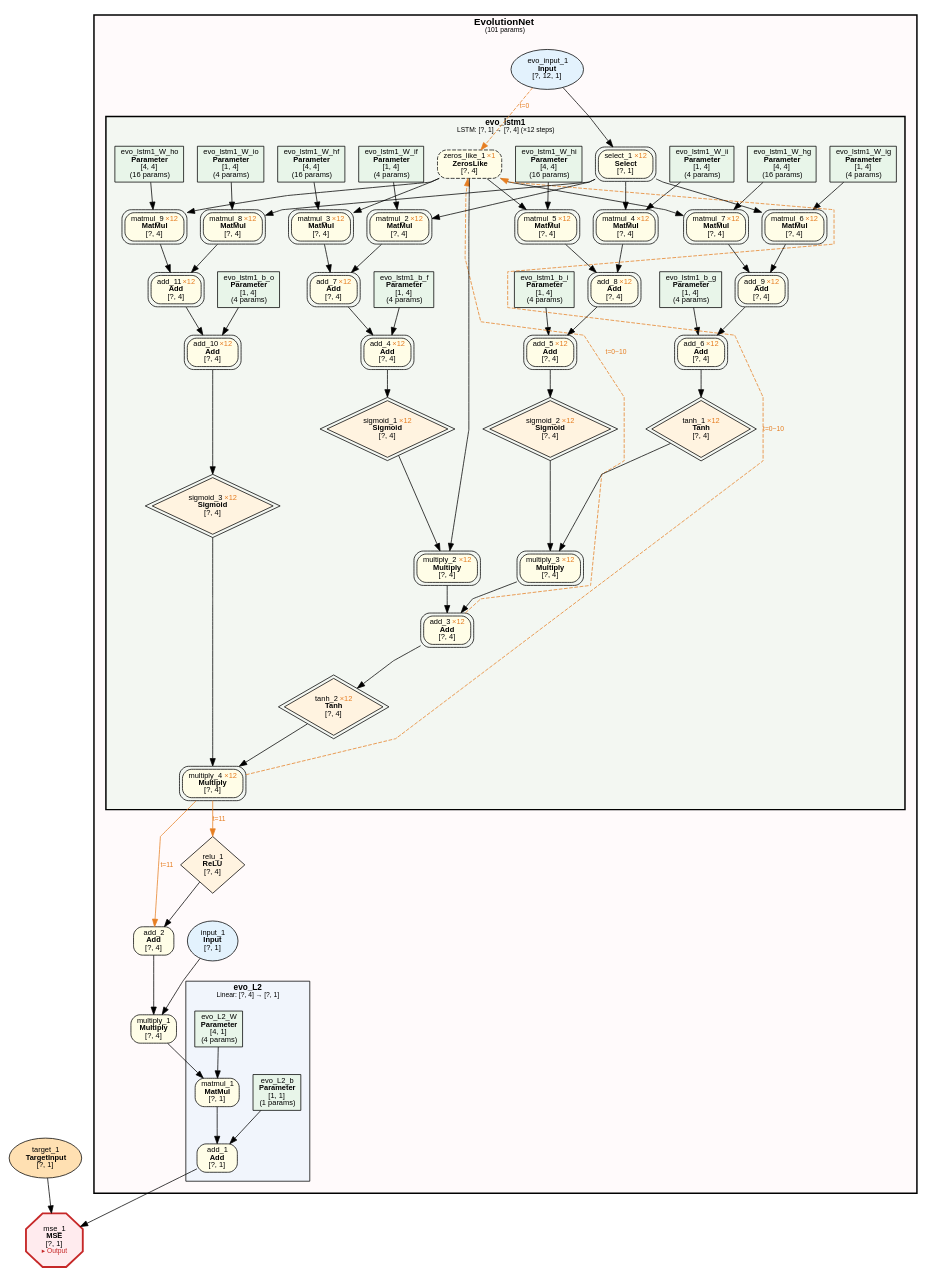
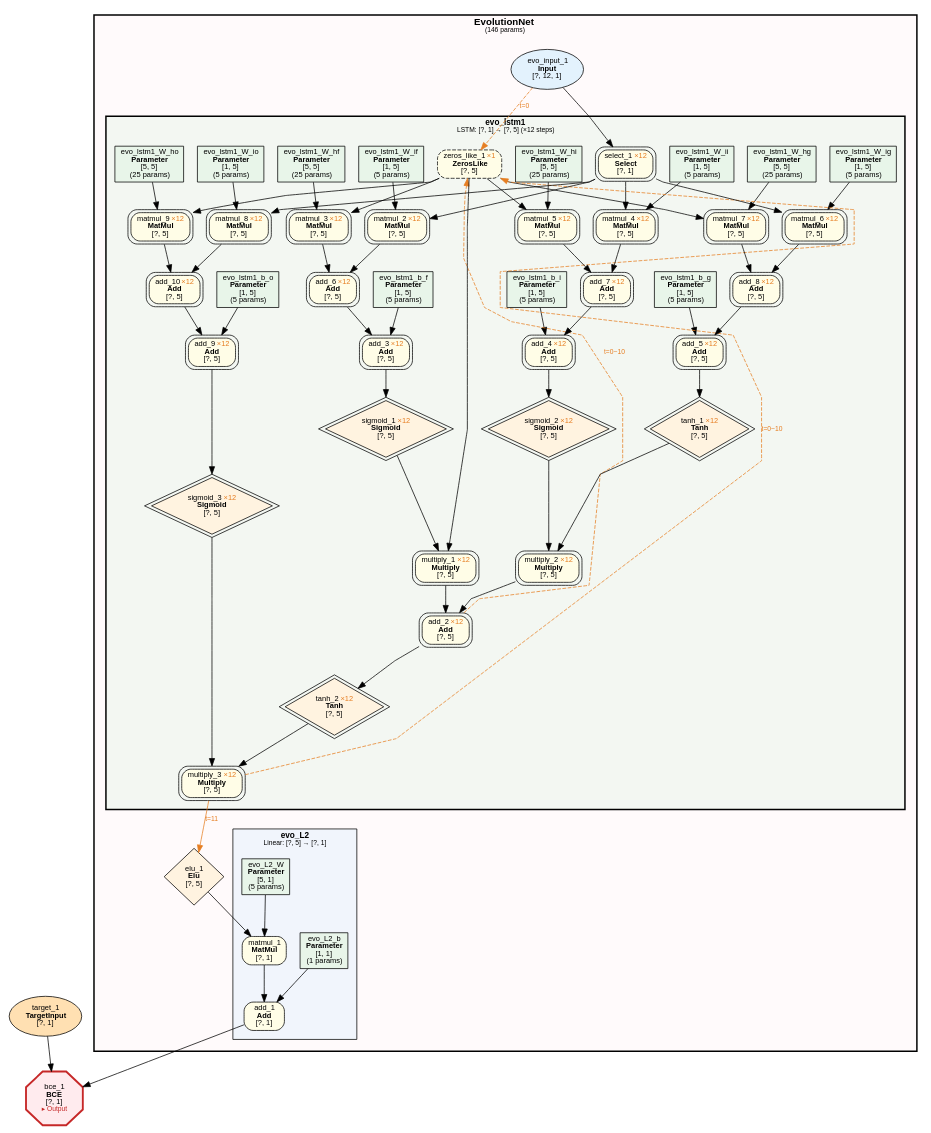
Before and after one commit to dbsxdbsx/only_torch: the diagram in examples/evolution_parity_seq_var_len/evolution_parity_seq_var_len.dot, drawn with Graphviz. The commit also changed 17 other files, not shown here.

```diff
--- a/examples/evolution_parity_seq_var_len/evolution_parity_seq_var_len.dot
+++ b/examples/evolution_parity_seq_var_len/evolution_parity_seq_var_len.dot
@@ -6,7 +6,7 @@
     edge [fontname="Microsoft YaHei,SimHei,Arial"];
 
     subgraph cluster_model_EvolutionNet {
-        label=<<B>EvolutionNet</B><BR/><FONT POINT-SIZE="9">(101 params)</FONT>>;
+        label=<<B>EvolutionNet</B><BR/><FONT POINT-SIZE="9">(146 params)</FONT>>;
         style="filled,bold";
         fillcolor="#FFEBEE40";
         fontname="Microsoft YaHei,SimHei,Arial";
@@ -14,7 +14,7 @@
         margin=16;
 
         subgraph cluster_EvolutionNet_evo_L2 {
-            label=<<B>evo_L2</B><BR/><FONT POINT-SIZE="9">Linear: [?, 4] → [?, 1]</FONT>>;
+            label=<<B>evo_L2</B><BR/><FONT POINT-SIZE="9">Linear: [?, 5] → [?, 1]</FONT>>;
             style=filled;
             fillcolor="#E3F2FD80";
             fontname="Microsoft YaHei,SimHei,Arial";
@@ -23,11 +23,11 @@
                 "2" [label=<add_1<BR/><B>Add</B><BR/>[?, 1]> shape=box style="filled,rounded" fillcolor="#FFFDE7" fontsize=10];
                 "4" [label=<matmul_1<BR/><B>MatMul</B><BR/>[?, 1]> shape=box style="filled,rounded" fillcolor="#FFFDE7" fontsize=10];
                 "5" [label=<evo_L2_b<BR/><B>Parameter</B><BR/>[1, 1]<BR/>(1 params)> shape=box style=filled fillcolor="#E8F5E9" fontsize=10];
-                "7" [label=<evo_L2_W<BR/><B>Parameter</B><BR/>[4, 1]<BR/>(4 params)> shape=box style=filled fillcolor="#E8F5E9" fontsize=10];
+                "7" [label=<evo_L2_W<BR/><B>Parameter</B><BR/>[5, 1]<BR/>(5 params)> shape=box style=filled fillcolor="#E8F5E9" fontsize=10];
         }
 
         subgraph cluster_EvolutionNet_evo_lstm1 {
-            label=<<B>evo_lstm1</B><BR/><FONT POINT-SIZE="9">LSTM: [?, 1] → [?, 4] (×12 steps)</FONT>>;
+            label=<<B>evo_lstm1</B><BR/><FONT POINT-SIZE="9">LSTM: [?, 1] → [?, 5] (×12 steps)</FONT>>;
             style="filled,bold";
             peripheries=3;
             penwidth=2;
@@ -35,55 +35,52 @@
             fontname="Microsoft YaHei,SimHei,Arial";
             fontsize=11;
             margin=12;
-                "11" [label=<evo_lstm1_b_o<BR/><B>Parameter</B><BR/>[1, 4]<BR/>(4 params)> shape=box style=filled fillcolor="#E8F5E9" fontsize=10];
-                "12" [label=<evo_lstm1_W_io<BR/><B>Parameter</B><BR/>[1, 4]<BR/>(4 params)> shape=box style=filled fillcolor="#E8F5E9" fontsize=10];
-                "13" [label=<evo_lstm1_W_ho<BR/><B>Parameter</B><BR/>[4, 4]<BR/>(16 params)> shape=box style=filled fillcolor="#E8F5E9" fontsize=10];
-                "15" [label=<evo_lstm1_b_f<BR/><B>Parameter</B><BR/>[1, 4]<BR/>(4 params)> shape=box style=filled fillcolor="#E8F5E9" fontsize=10];
-                "16" [label=<evo_lstm1_b_i<BR/><B>Parameter</B><BR/>[1, 4]<BR/>(4 params)> shape=box style=filled fillcolor="#E8F5E9" fontsize=10];
-                "17" [label=<evo_lstm1_b_g<BR/><B>Parameter</B><BR/>[1, 4]<BR/>(4 params)> shape=box style=filled fillcolor="#E8F5E9" fontsize=10];
-                "18" [label=<evo_lstm1_W_if<BR/><B>Parameter</B><BR/>[1, 4]<BR/>(4 params)> shape=box style=filled fillcolor="#E8F5E9" fontsize=10];
-                "19" [label=<evo_lstm1_W_hf<BR/><B>Parameter</B><BR/>[4, 4]<BR/>(16 params)> shape=box style=filled fillcolor="#E8F5E9" fontsize=10];
-                "20" [label=<evo_lstm1_W_ii<BR/><B>Parameter</B><BR/>[1, 4]<BR/>(4 params)> shape=box style=filled fillcolor="#E8F5E9" fontsize=10];
-                "21" [label=<evo_lstm1_W_hi<BR/><B>Parameter</B><BR/>[4, 4]<BR/>(16 params)> shape=box style=filled fillcolor="#E8F5E9" fontsize=10];
-                "22" [label=<evo_lstm1_W_ig<BR/><B>Parameter</B><BR/>[1, 4]<BR/>(4 params)> shape=box style=filled fillcolor="#E8F5E9" fontsize=10];
-                "23" [label=<evo_lstm1_W_hg<BR/><B>Parameter</B><BR/>[4, 4]<BR/>(16 params)> shape=box style=filled fillcolor="#E8F5E9" fontsize=10];
-                "24" [label=<add_3 <FONT COLOR="#E67E22">×12</FONT><BR/><B>Add</B><BR/>[?, 4]> shape=box style="filled,rounded" fillcolor="#FFFDE7" fontsize=10 peripheries=2];
-                "25" [label=<multiply_2 <FONT COLOR="#E67E22">×12</FONT><BR/><B>Multiply</B><BR/>[?, 4]> shape=box style="filled,rounded" fillcolor="#FFFDE7" fontsize=10 peripheries=2];
-                "26" [label=<multiply_3 <FONT COLOR="#E67E22">×12</FONT><BR/><B>Multiply</B><BR/>[?, 4]> shape=box style="filled,rounded" fillcolor="#FFFDE7" fontsize=10 peripheries=2];
-                "27" [label=<sigmoid_1 <FONT COLOR="#E67E22">×12</FONT><BR/><B>Sigmoid</B><BR/>[?, 4]> shape=diamond style=filled fillcolor="#FFF3E0" fontsize=10 peripheries=2];
-                "28" [label=<zeros_like_1 <FONT COLOR="#E67E22">×1</FONT><BR/><B>ZerosLike</B><BR/>[?, 4]> shape=box style="filled,rounded,dashed" fillcolor="#FFFDE7" fontsize=10];
-                "29" [label=<sigmoid_2 <FONT COLOR="#E67E22">×12</FONT><BR/><B>Sigmoid</B><BR/>[?, 4]> shape=diamond style=filled fillcolor="#FFF3E0" fontsize=10 peripheries=2];
-                "30" [label=<tanh_1 <FONT COLOR="#E67E22">×12</FONT><BR/><B>Tanh</B><BR/>[?, 4]> shape=diamond style=filled fillcolor="#FFF3E0" fontsize=10 peripheries=2];
-                "31" [label=<add_4 <FONT COLOR="#E67E22">×12</FONT><BR/><B>Add</B><BR/>[?, 4]> shape=box style="filled,rounded" fillcolor="#FFFDE7" fontsize=10 peripheries=2];
-                "32" [label=<add_5 <FONT COLOR="#E67E22">×12</FONT><BR/><B>Add</B><BR/>[?, 4]> shape=box style="filled,rounded" fillcolor="#FFFDE7" fontsize=10 peripheries=2];
-                "33" [label=<add_6 <FONT COLOR="#E67E22">×12</FONT><BR/><B>Add</B><BR/>[?, 4]> shape=box style="filled,rounded" fillcolor="#FFFDE7" fontsize=10 peripheries=2];
-                "34" [label=<multiply_4 <FONT COLOR="#E67E22">×12</FONT><BR/><B>Multiply</B><BR/>[?, 4]> shape=box style="filled,rounded" fillcolor="#FFFDE7" fontsize=10 peripheries=2];
-                "35" [label=<add_7 <FONT COLOR="#E67E22">×12</FONT><BR/><B>Add</B><BR/>[?, 4]> shape=box style="filled,rounded" fillcolor="#FFFDE7" fontsize=10 peripheries=2];
-                "36" [label=<add_8 <FONT COLOR="#E67E22">×12</FONT><BR/><B>Add</B><BR/>[?, 4]> shape=box style="filled,rounded" fillcolor="#FFFDE7" fontsize=10 peripheries=2];
-                "37" [label=<add_9 <FONT COLOR="#E67E22">×12</FONT><BR/><B>Add</B><BR/>[?, 4]> shape=box style="filled,rounded" fillcolor="#FFFDE7" fontsize=10 peripheries=2];
-                "38" [label=<sigmoid_3 <FONT COLOR="#E67E22">×12</FONT><BR/><B>Sigmoid</B><BR/>[?, 4]> shape=diamond style=filled fillcolor="#FFF3E0" fontsize=10 peripheries=2];
-                "39" [label=<tanh_2 <FONT COLOR="#E67E22">×12</FONT><BR/><B>Tanh</B><BR/>[?, 4]> shape=diamond style=filled fillcolor="#FFF3E0" fontsize=10 peripheries=2];
-                "40" [label=<matmul_2 <FONT COLOR="#E67E22">×12</FONT><BR/><B>MatMul</B><BR/>[?, 4]> shape=box style="filled,rounded" fillcolor="#FFFDE7" fontsize=10 peripheries=2];
-                "41" [label=<matmul_3 <FONT COLOR="#E67E22">×12</FONT><BR/><B>MatMul</B><BR/>[?, 4]> shape=box style="filled,rounded" fillcolor="#FFFDE7" fontsize=10 peripheries=2];
-                "42" [label=<matmul_4 <FONT COLOR="#E67E22">×12</FONT><BR/><B>MatMul</B><BR/>[?, 4]> shape=box style="filled,rounded" fillcolor="#FFFDE7" fontsize=10 peripheries=2];
-                "43" [label=<matmul_5 <FONT COLOR="#E67E22">×12</FONT><BR/><B>MatMul</B><BR/>[?, 4]> shape=box style="filled,rounded" fillcolor="#FFFDE7" fontsize=10 peripheries=2];
-                "44" [label=<matmul_6 <FONT COLOR="#E67E22">×12</FONT><BR/><B>MatMul</B><BR/>[?, 4]> shape=box style="filled,rounded" fillcolor="#FFFDE7" fontsize=10 peripheries=2];
-                "45" [label=<matmul_7 <FONT COLOR="#E67E22">×12</FONT><BR/><B>MatMul</B><BR/>[?, 4]> shape=box style="filled,rounded" fillcolor="#FFFDE7" fontsize=10 peripheries=2];
-                "46" [label=<add_10 <FONT COLOR="#E67E22">×12</FONT><BR/><B>Add</B><BR/>[?, 4]> shape=box style="filled,rounded" fillcolor="#FFFDE7" fontsize=10 peripheries=2];
-                "47" [label=<select_1 <FONT COLOR="#E67E22">×12</FONT><BR/><B>Select</B><BR/>[?, 1]> shape=box style="filled,rounded" fillcolor="#FFFDE7" fontsize=10 peripheries=2];
-                "48" [label=<add_11 <FONT COLOR="#E67E22">×12</FONT><BR/><B>Add</B><BR/>[?, 4]> shape=box style="filled,rounded" fillcolor="#FFFDE7" fontsize=10 peripheries=2];
-                "49" [label=<matmul_8 <FONT COLOR="#E67E22">×12</FONT><BR/><B>MatMul</B><BR/>[?, 4]> shape=box style="filled,rounded" fillcolor="#FFFDE7" fontsize=10 peripheries=2];
-                "50" [label=<matmul_9 <FONT COLOR="#E67E22">×12</FONT><BR/><B>MatMul</B><BR/>[?, 4]> shape=box style="filled,rounded" fillcolor="#FFFDE7" fontsize=10 peripheries=2];
+                "8" [label=<evo_lstm1_b_o<BR/><B>Parameter</B><BR/>[1, 5]<BR/>(5 params)> shape=box style=filled fillcolor="#E8F5E9" fontsize=10];
+                "9" [label=<evo_lstm1_W_io<BR/><B>Parameter</B><BR/>[1, 5]<BR/>(5 params)> shape=box style=filled fillcolor="#E8F5E9" fontsize=10];
+                "10" [label=<evo_lstm1_W_ho<BR/><B>Parameter</B><BR/>[5, 5]<BR/>(25 params)> shape=box style=filled fillcolor="#E8F5E9" fontsize=10];
+                "12" [label=<evo_lstm1_b_f<BR/><B>Parameter</B><BR/>[1, 5]<BR/>(5 params)> shape=box style=filled fillcolor="#E8F5E9" fontsize=10];
+                "13" [label=<evo_lstm1_b_i<BR/><B>Parameter</B><BR/>[1, 5]<BR/>(5 params)> shape=box style=filled fillcolor="#E8F5E9" fontsize=10];
+                "14" [label=<evo_lstm1_b_g<BR/><B>Parameter</B><BR/>[1, 5]<BR/>(5 params)> shape=box style=filled fillcolor="#E8F5E9" fontsize=10];
+                "15" [label=<evo_lstm1_W_if<BR/><B>Parameter</B><BR/>[1, 5]<BR/>(5 params)> shape=box style=filled fillcolor="#E8F5E9" fontsize=10];
+                "16" [label=<evo_lstm1_W_hf<BR/><B>Parameter</B><BR/>[5, 5]<BR/>(25 params)> shape=box style=filled fillcolor="#E8F5E9" fontsize=10];
+                "17" [label=<evo_lstm1_W_ii<BR/><B>Parameter</B><BR/>[1, 5]<BR/>(5 params)> shape=box style=filled fillcolor="#E8F5E9" fontsize=10];
+                "18" [label=<evo_lstm1_W_hi<BR/><B>Parameter</B><BR/>[5, 5]<BR/>(25 params)> shape=box style=filled fillcolor="#E8F5E9" fontsize=10];
+                "19" [label=<evo_lstm1_W_ig<BR/><B>Parameter</B><BR/>[1, 5]<BR/>(5 params)> shape=box style=filled fillcolor="#E8F5E9" fontsize=10];
+                "20" [label=<evo_lstm1_W_hg<BR/><B>Parameter</B><BR/>[5, 5]<BR/>(25 params)> shape=box style=filled fillcolor="#E8F5E9" fontsize=10];
+                "21" [label=<add_2 <FONT COLOR="#E67E22">×12</FONT><BR/><B>Add</B><BR/>[?, 5]> shape=box style="filled,rounded" fillcolor="#FFFDE7" fontsize=10 peripheries=2];
+                "22" [label=<multiply_1 <FONT COLOR="#E67E22">×12</FONT><BR/><B>Multiply</B><BR/>[?, 5]> shape=box style="filled,rounded" fillcolor="#FFFDE7" fontsize=10 peripheries=2];
+                "23" [label=<multiply_2 <FONT COLOR="#E67E22">×12</FONT><BR/><B>Multiply</B><BR/>[?, 5]> shape=box style="filled,rounded" fillcolor="#FFFDE7" fontsize=10 peripheries=2];
+                "24" [label=<sigmoid_1 <FONT COLOR="#E67E22">×12</FONT><BR/><B>Sigmoid</B><BR/>[?, 5]> shape=diamond style=filled fillcolor="#FFF3E0" fontsize=10 peripheries=2];
+                "25" [label=<zeros_like_1 <FONT COLOR="#E67E22">×1</FONT><BR/><B>ZerosLike</B><BR/>[?, 5]> shape=box style="filled,rounded,dashed" fillcolor="#FFFDE7" fontsize=10];
+                "26" [label=<sigmoid_2 <FONT COLOR="#E67E22">×12</FONT><BR/><B>Sigmoid</B><BR/>[?, 5]> shape=diamond style=filled fillcolor="#FFF3E0" fontsize=10 peripheries=2];
+                "27" [label=<tanh_1 <FONT COLOR="#E67E22">×12</FONT><BR/><B>Tanh</B><BR/>[?, 5]> shape=diamond style=filled fillcolor="#FFF3E0" fontsize=10 peripheries=2];
+                "28" [label=<add_3 <FONT COLOR="#E67E22">×12</FONT><BR/><B>Add</B><BR/>[?, 5]> shape=box style="filled,rounded" fillcolor="#FFFDE7" fontsize=10 peripheries=2];
+                "29" [label=<add_4 <FONT COLOR="#E67E22">×12</FONT><BR/><B>Add</B><BR/>[?, 5]> shape=box style="filled,rounded" fillcolor="#FFFDE7" fontsize=10 peripheries=2];
+                "30" [label=<add_5 <FONT COLOR="#E67E22">×12</FONT><BR/><B>Add</B><BR/>[?, 5]> shape=box style="filled,rounded" fillcolor="#FFFDE7" fontsize=10 peripheries=2];
+                "31" [label=<multiply_3 <FONT COLOR="#E67E22">×12</FONT><BR/><B>Multiply</B><BR/>[?, 5]> shape=box style="filled,rounded" fillcolor="#FFFDE7" fontsize=10 peripheries=2];
+                "32" [label=<add_6 <FONT COLOR="#E67E22">×12</FONT><BR/><B>Add</B><BR/>[?, 5]> shape=box style="filled,rounded" fillcolor="#FFFDE7" fontsize=10 peripheries=2];
+                "33" [label=<add_7 <FONT COLOR="#E67E22">×12</FONT><BR/><B>Add</B><BR/>[?, 5]> shape=box style="filled,rounded" fillcolor="#FFFDE7" fontsize=10 peripheries=2];
+                "34" [label=<add_8 <FONT COLOR="#E67E22">×12</FONT><BR/><B>Add</B><BR/>[?, 5]> shape=box style="filled,rounded" fillcolor="#FFFDE7" fontsize=10 peripheries=2];
+                "35" [label=<sigmoid_3 <FONT COLOR="#E67E22">×12</FONT><BR/><B>Sigmoid</B><BR/>[?, 5]> shape=diamond style=filled fillcolor="#FFF3E0" fontsize=10 peripheries=2];
+                "36" [label=<tanh_2 <FONT COLOR="#E67E22">×12</FONT><BR/><B>Tanh</B><BR/>[?, 5]> shape=diamond style=filled fillcolor="#FFF3E0" fontsize=10 peripheries=2];
+                "37" [label=<matmul_2 <FONT COLOR="#E67E22">×12</FONT><BR/><B>MatMul</B><BR/>[?, 5]> shape=box style="filled,rounded" fillcolor="#FFFDE7" fontsize=10 peripheries=2];
+                "38" [label=<matmul_3 <FONT COLOR="#E67E22">×12</FONT><BR/><B>MatMul</B><BR/>[?, 5]> shape=box style="filled,rounded" fillcolor="#FFFDE7" fontsize=10 peripheries=2];
+                "39" [label=<matmul_4 <FONT COLOR="#E67E22">×12</FONT><BR/><B>MatMul</B><BR/>[?, 5]> shape=box style="filled,rounded" fillcolor="#FFFDE7" fontsize=10 peripheries=2];
+                "40" [label=<matmul_5 <FONT COLOR="#E67E22">×12</FONT><BR/><B>MatMul</B><BR/>[?, 5]> shape=box style="filled,rounded" fillcolor="#FFFDE7" fontsize=10 peripheries=2];
+                "41" [label=<matmul_6 <FONT COLOR="#E67E22">×12</FONT><BR/><B>MatMul</B><BR/>[?, 5]> shape=box style="filled,rounded" fillcolor="#FFFDE7" fontsize=10 peripheries=2];
+                "42" [label=<matmul_7 <FONT COLOR="#E67E22">×12</FONT><BR/><B>MatMul</B><BR/>[?, 5]> shape=box style="filled,rounded" fillcolor="#FFFDE7" fontsize=10 peripheries=2];
+                "43" [label=<add_9 <FONT COLOR="#E67E22">×12</FONT><BR/><B>Add</B><BR/>[?, 5]> shape=box style="filled,rounded" fillcolor="#FFFDE7" fontsize=10 peripheries=2];
+                "44" [label=<select_1 <FONT COLOR="#E67E22">×12</FONT><BR/><B>Select</B><BR/>[?, 1]> shape=box style="filled,rounded" fillcolor="#FFFDE7" fontsize=10 peripheries=2];
+                "45" [label=<add_10 <FONT COLOR="#E67E22">×12</FONT><BR/><B>Add</B><BR/>[?, 5]> shape=box style="filled,rounded" fillcolor="#FFFDE7" fontsize=10 peripheries=2];
+                "46" [label=<matmul_8 <FONT COLOR="#E67E22">×12</FONT><BR/><B>MatMul</B><BR/>[?, 5]> shape=box style="filled,rounded" fillcolor="#FFFDE7" fontsize=10 peripheries=2];
+                "47" [label=<matmul_9 <FONT COLOR="#E67E22">×12</FONT><BR/><B>MatMul</B><BR/>[?, 5]> shape=box style="filled,rounded" fillcolor="#FFFDE7" fontsize=10 peripheries=2];
         }
 
-        "6" [label=<multiply_1<BR/><B>Multiply</B><BR/>[?, 4]> shape=box style="filled,rounded" fillcolor="#FFFDE7" fontsize=10];
-        "8" [label=<add_2<BR/><B>Add</B><BR/>[?, 4]> shape=box style="filled,rounded" fillcolor="#FFFDE7" fontsize=10];
-        "9" [label=<input_1<BR/><B>Input</B><BR/>[?, 1]> shape=ellipse style=filled fillcolor="#E3F2FD" fontsize=10];
-        "10" [label=<relu_1<BR/><B>ReLU</B><BR/>[?, 4]> shape=diamond style=filled fillcolor="#FFF3E0" fontsize=10];
-        "14" [label=<evo_input_1<BR/><B>Input</B><BR/>[?, 12, 1]> shape=ellipse style=filled fillcolor="#E3F2FD" fontsize=10];
+        "6" [label=<elu_1<BR/><B>Elu</B><BR/>[?, 5]> shape=diamond style=filled fillcolor="#FFF3E0" fontsize=10];
+        "11" [label=<evo_input_1<BR/><B>Input</B><BR/>[?, 12, 1]> shape=ellipse style=filled fillcolor="#E3F2FD" fontsize=10];
     }
 
-    "1" [label=<mse_1<BR/><B>MSE</B><BR/>[?, 1]<BR/><FONT COLOR="#C62828" POINT-SIZE="9">▸ Output</FONT>> shape=octagon style=filled fillcolor="#FFEBEE" fontsize=10 penwidth=2.5 color="#C62828"];
+    "1" [label=<bce_1<BR/><B>BCE</B><BR/>[?, 1]<BR/><FONT COLOR="#C62828" POINT-SIZE="9">▸ Output</FONT>> shape=octagon style=filled fillcolor="#FFEBEE" fontsize=10 penwidth=2.5 color="#C62828"];
     "3" [label=<target_1<BR/><B>TargetInput</B><BR/>[?, 1]> shape=ellipse style=filled fillcolor="#FFE0B2" fontsize=10];
 
     "2" -> "1";
@@ -92,58 +89,54 @@
     "5" -> "2";
     "6" -> "4";
     "7" -> "4";
-    "8" -> "6";
-    "9" -> "6";
-    "10" -> "8";
-    "34" -> "8" [ color="#E67E22" label=<t=11> fontcolor="#E67E22" fontsize=9];
-    "34" -> "10" [ color="#E67E22" label=<t=11> fontcolor="#E67E22" fontsize=9];
-    "25" -> "24";
-    "26" -> "24";
-    "27" -> "25";
-    "28" -> "25";
+    "31" -> "6" [ color="#E67E22" label=<t=11> fontcolor="#E67E22" fontsize=9];
+    "22" -> "21";
+    "23" -> "21";
+    "24" -> "22";
+    "25" -> "22";
+    "26" -> "23";
+    "27" -> "23";
+    "28" -> "24";
+    "11" -> "25" [ style=dashed color="#E67E22" label=<t=0> fontcolor="#E67E22" fontsize=9];
     "29" -> "26";
-    "30" -> "26";
-    "31" -> "27";
-    "14" -> "28" [ style=dashed color="#E67E22" label=<t=0> fontcolor="#E67E22" fontsize=9];
-    "32" -> "29";
-    "33" -> "30";
+    "30" -> "27";
+    "32" -> "28";
+    "12" -> "28";
+    "33" -> "29";
+    "13" -> "29";
+    "34" -> "30";
+    "14" -> "30";
     "35" -> "31";
-    "15" -> "31";
-    "36" -> "32";
-    "16" -> "32";
-    "37" -> "33";
-    "17" -> "33";
-    "38" -> "34";
-    "39" -> "34";
-    "40" -> "35";
-    "41" -> "35";
-    "42" -> "36";
-    "43" -> "36";
+    "36" -> "31";
+    "37" -> "32";
+    "38" -> "32";
+    "39" -> "33";
+    "40" -> "33";
+    "41" -> "34";
+    "42" -> "34";
+    "43" -> "35";
+    "21" -> "36";
     "44" -> "37";
-    "45" -> "37";
-    "46" -> "38";
-    "24" -> "39";
-    "47" -> "40";
+    "15" -> "37";
+    "25" -> "38";
+    "16" -> "38";
+    "44" -> "39";
+    "17" -> "39";
+    "25" -> "40";
     "18" -> "40";
-    "28" -> "41";
+    "44" -> "41";
     "19" -> "41";
-    "47" -> "42";
+    "25" -> "42";
     "20" -> "42";
-    "28" -> "43";
-    "21" -> "43";
-    "47" -> "44";
-    "22" -> "44";
-    "28" -> "45";
-    "23" -> "45";
-    "48" -> "46";
-    "11" -> "46";
-    "14" -> "47";
-    "49" -> "48";
-    "50" -> "48";
-    "47" -> "49";
-    "12" -> "49";
-    "28" -> "50";
-    "13" -> "50";
-    "34" -> "28" [style=dashed color="#E67E22" label=<t=0~10> fontcolor="#E67E22" fontsize=9 constraint=false];
-    "24" -> "28" [style=dashed color="#E67E22" label=<t=0~10> fontcolor="#E67E22" fontsize=9 constraint=false];
+    "45" -> "43";
+    "8" -> "43";
+    "11" -> "44";
+    "46" -> "45";
+    "47" -> "45";
+    "44" -> "46";
+    "9" -> "46";
+    "25" -> "47";
+    "10" -> "47";
+    "31" -> "25" [style=dashed color="#E67E22" label=<t=0~10> fontcolor="#E67E22" fontsize=9 constraint=false];
+    "21" -> "25" [style=dashed color="#E67E22" label=<t=0~10> fontcolor="#E67E22" fontsize=9 constraint=false];
 }
```
